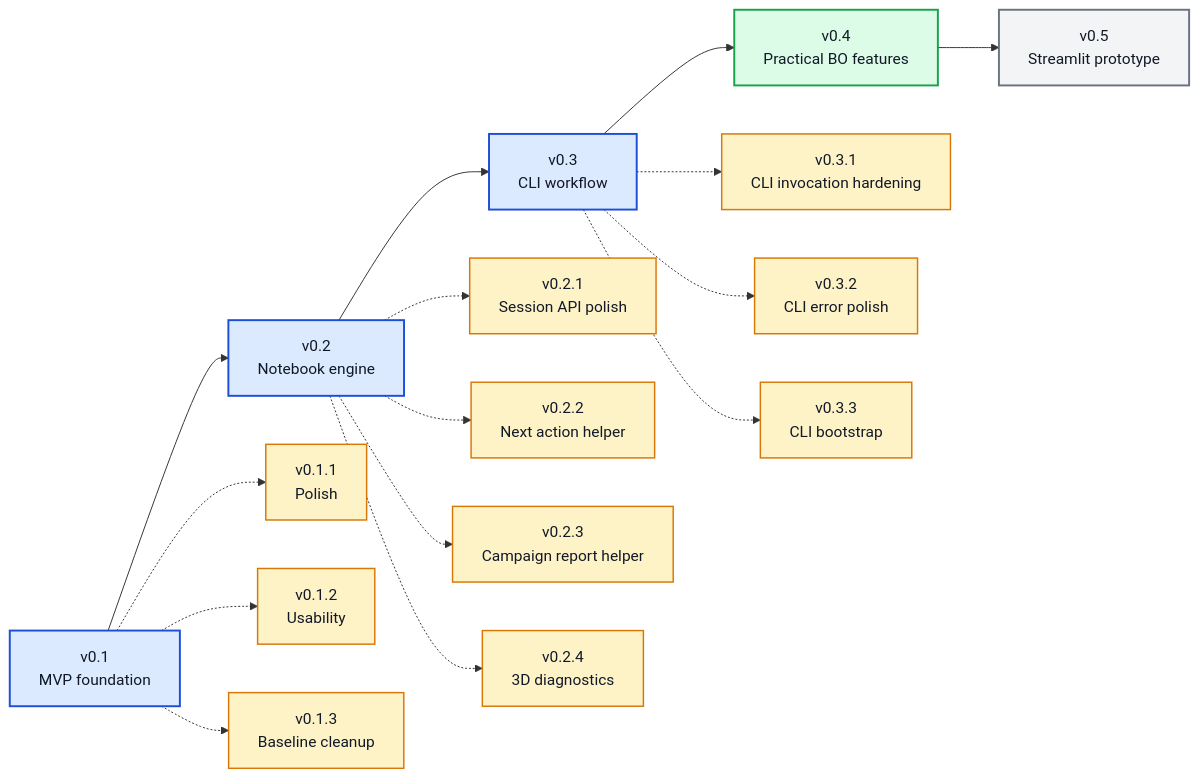
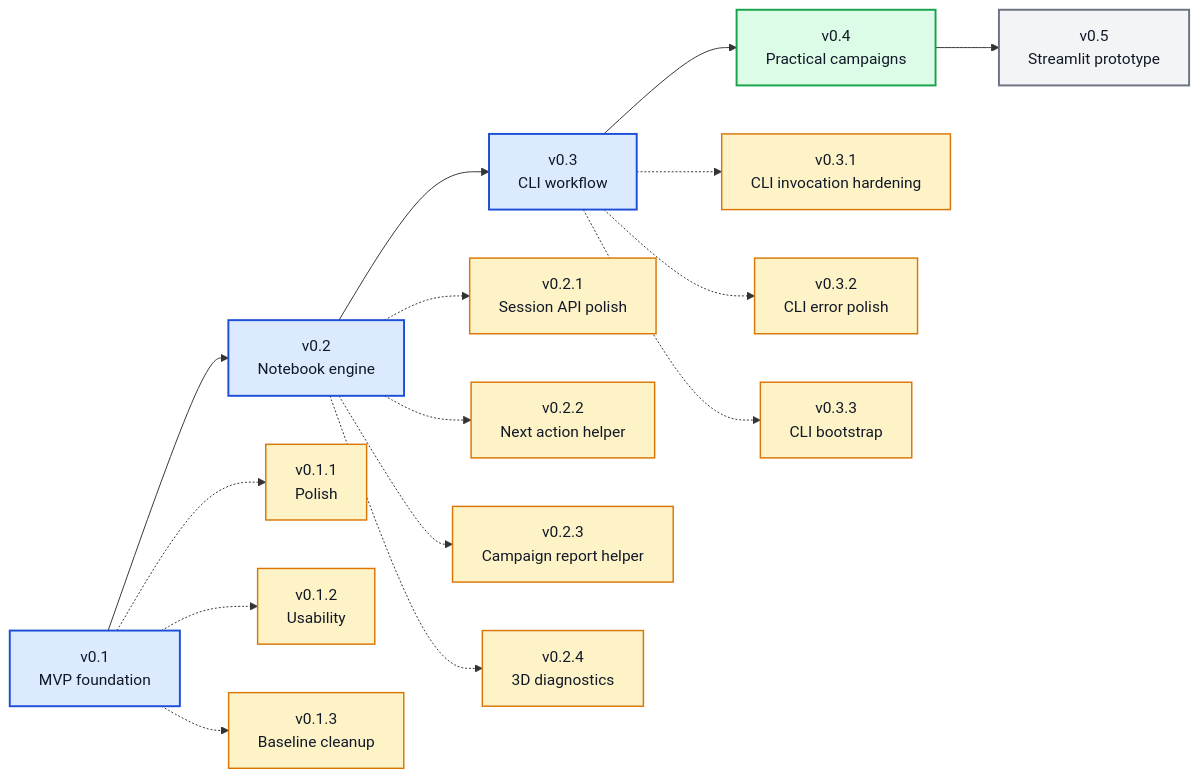
One commit to angzeli/bo-forge changed the diagram in ROADMAP.md. Above: the diagram before and after it, drawn with Mermaid. The commit also changed other lines of this file and 25 other files, not shown here.

````diff
--- a/ROADMAP.md
+++ b/ROADMAP.md
@@ -7,36 +7,36 @@
 ```mermaid
 flowchart LR
-    v01["v0.1<br/>MVP foundation"] --> v02["v0.2<br/>Notebook engine"] --> v03["v0.3<br/>CLI workflow"] --> v04["v0.4<br/>Practical BO features"] --> v05["v0.5<br/>Streamlit prototype"]
+    v01["v0.1<br/>MVP foundation"] --> v02["v0.2<br/>Notebook engine"] --> v03["v0.3<br/>CLI workflow"] --> v04["v0.4<br/>Practical campaigns"] --> v05["v0.5<br/>Streamlit prototype"]
 
     v011["v0.1.1<br/>Polish"]
     v012["v0.1.2<br/>Usability"]
     v013["v0.1.3<br/>Baseline cleanup"]
     v021["v0.2.1<br/>Session API polish"]
     v022["v0.2.2<br/>Next action helper"]
     v023["v0.2.3<br/>Campaign report helper"]
     v024["v0.2.4<br/>3D diagnostics"]
     v031["v0.3.1<br/>CLI invocation hardening"]
     v032["v0.3.2<br/>CLI error polish"]
     v033["v0.3.3<br/>CLI bootstrap"]
     
     v01 -.-> v011
     v01 -.-> v012
     v01 -.-> v013
     v02 -.-> v021
     v02 -.-> v022
     v02 -.-> v023
     v02 -.-> v024
     v03 -.-> v031
     v03 -.-> v032
     v03 -.-> v033
     
     class v01,v02,v03 majorDone
     class v04 majorNext
     class v05 majorFuture
     class v011,v012,v013,v021,v022,v023,v024,v031,v032,v033 patchDone
 
     classDef majorDone fill:#dbeafe,stroke:#1d4ed8,stroke-width:2px,color:#111827;
     classDef majorNext fill:#dcfce7,stroke:#16a34a,stroke-width:2px,color:#111827;
     classDef majorFuture fill:#f3f4f6,stroke:#6b7280,stroke-width:2px,color:#111827;
     classDef patchDone fill:#fef3c7,stroke:#d97706,stroke-width:1.5px,color:#111827;
 ```
````
